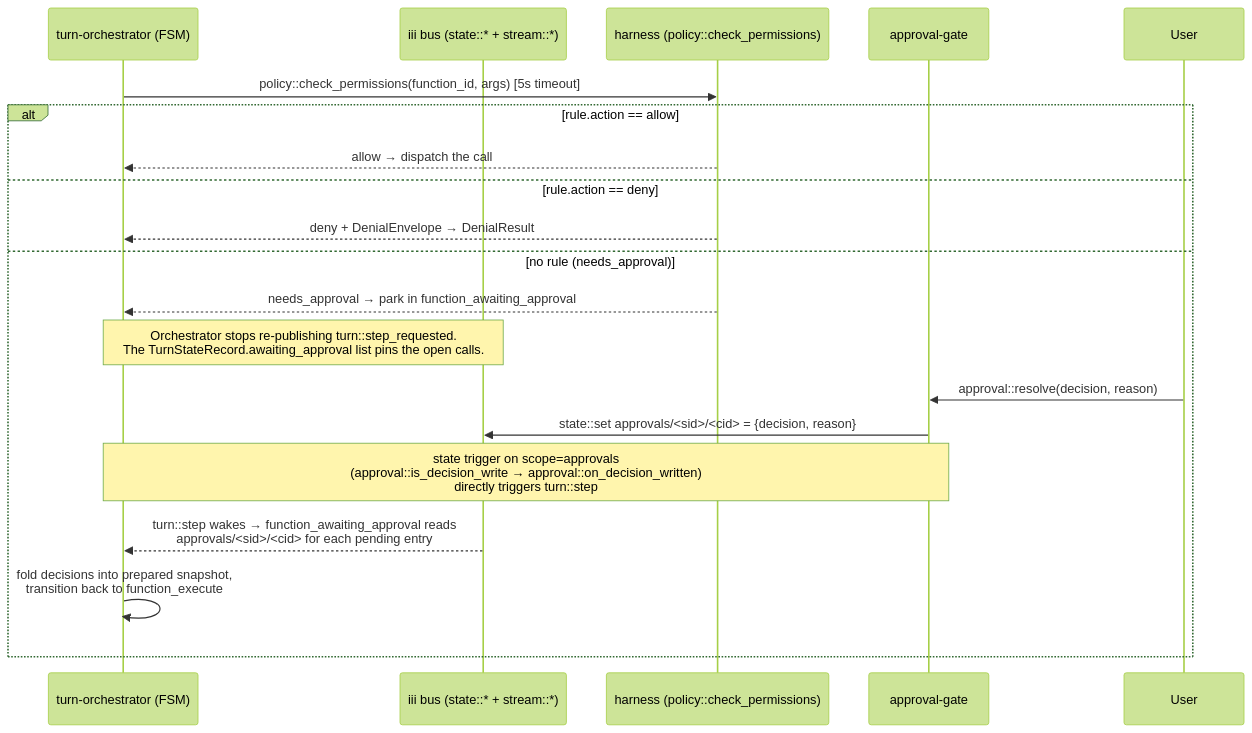
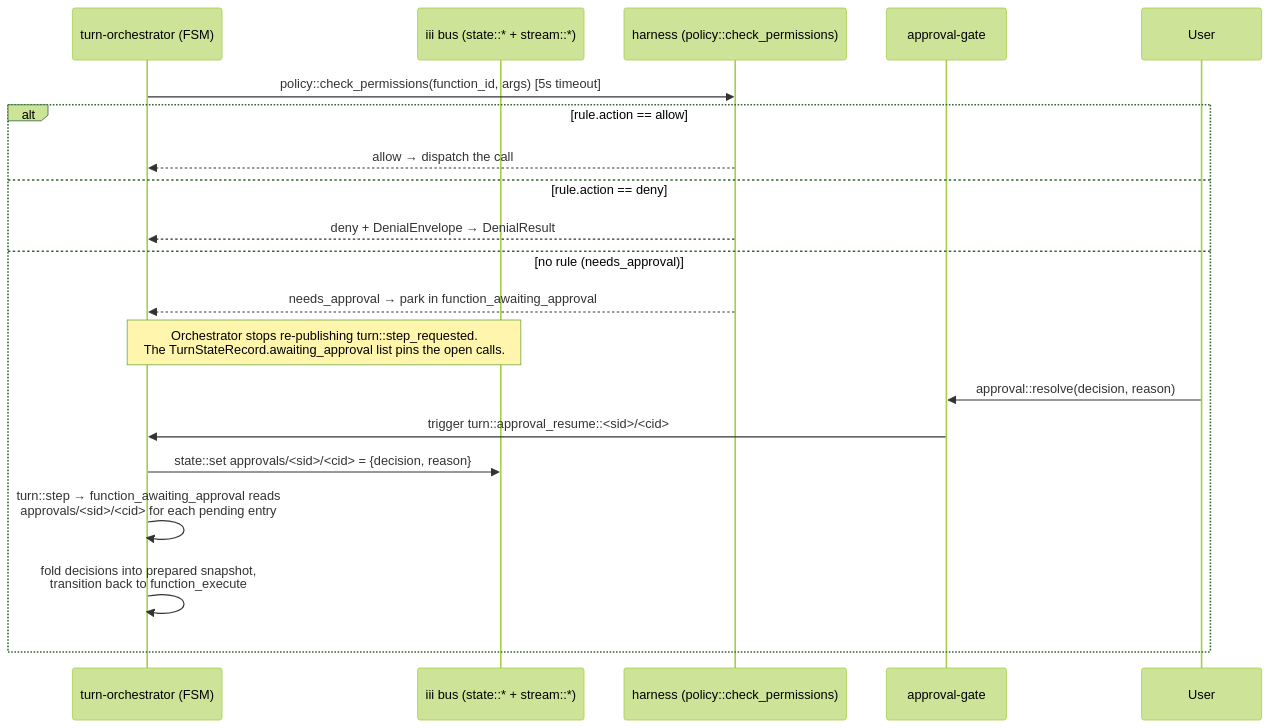
One commit to iii-hq/workers changed the third of 5 diagrams in harness-node/docs/architecture.md. Above: the diagram before and after it, drawn with Mermaid (forest theme). The commit also changed other lines of this file and 31 other files, not shown here.

First line of the commit message:
refactor(approval-gate): streamline approval handling and remove deprecated configurations

````diff
--- a/harness-node/docs/architecture.md
+++ b/harness-node/docs/architecture.md
@@ -124,23 +125,23 @@
 ```mermaid
 sequenceDiagram
   participant Turn as turn-orchestrator (FSM)
   participant Bus as iii bus (state::* + stream::*)
   participant Harness as harness (policy::check_permissions)
   participant Gate as approval-gate
   participant User
 
   Turn->>Harness: policy::check_permissions(function_id, args) [5s timeout]
   alt rule.action == allow
     Harness-->>Turn: allow → dispatch the call
   else rule.action == deny
     Harness-->>Turn: deny + DenialEnvelope → DenialResult
   else no rule (needs_approval)
     Harness-->>Turn: needs_approval → park in function_awaiting_approval
     Note over Turn,Bus: Orchestrator stops re-publishing turn::step_requested.<br/>The TurnStateRecord.awaiting_approval list pins the open calls.
     User->>Gate: approval::resolve(decision, reason)
-    Gate->>Bus: state::set approvals/<sid>/<cid> = {decision, reason}
-    Note over Gate,Turn: state trigger on scope=approvals<br/>(approval::is_decision_write → approval::on_decision_written)<br/>directly triggers turn::step
-    Bus-->>Turn: turn::step wakes → function_awaiting_approval reads<br/>approvals/<sid>/<cid> for each pending entry
+    Gate->>Turn: trigger turn::approval_resume::<sid>/<cid>
+    Turn->>Bus: state::set approvals/<sid>/<cid> = {decision, reason}
+    Turn->>Turn: turn::step → function_awaiting_approval reads<br/>approvals/<sid>/<cid> for each pending entry
     Turn->>Turn: fold decisions into prepared snapshot,<br/>transition back to function_execute
   end
 ```
````
